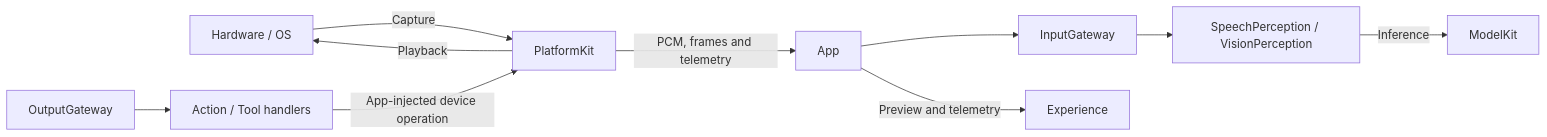
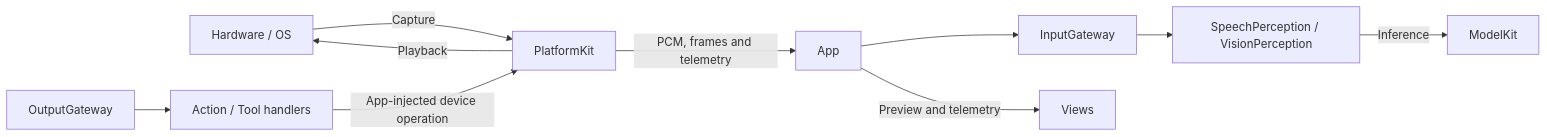
One commit to devilyouwei/MobileHarness changed the first of 2 diagrams in MobileHarness/PlatformKit/README.md. Above: the diagram before and after it, drawn with Mermaid. The commit also changed 132 other files, not shown here.

````diff
--- a/MobileHarness/PlatformKit/README.md
+++ b/MobileHarness/PlatformKit/README.md
@@ -29,12 +29,12 @@
 ```mermaid
 flowchart LR
     Hardware[Hardware / OS] -->|Capture| PlatformKit
     PlatformKit -->|PCM, frames and telemetry| App
     App --> Input[InputGateway]
     Input --> Agents[SpeechPerception / VisionPerception]
     Agents -->|Inference| ModelKit
     Output[OutputGateway] --> Runtime[Action / Tool handlers]
     Runtime -->|App-injected device operation| PlatformKit
     PlatformKit -->|Playback| Hardware
-    App -->|Preview and telemetry| Experience
+    App -->|Preview and telemetry| Views
 ```
````
